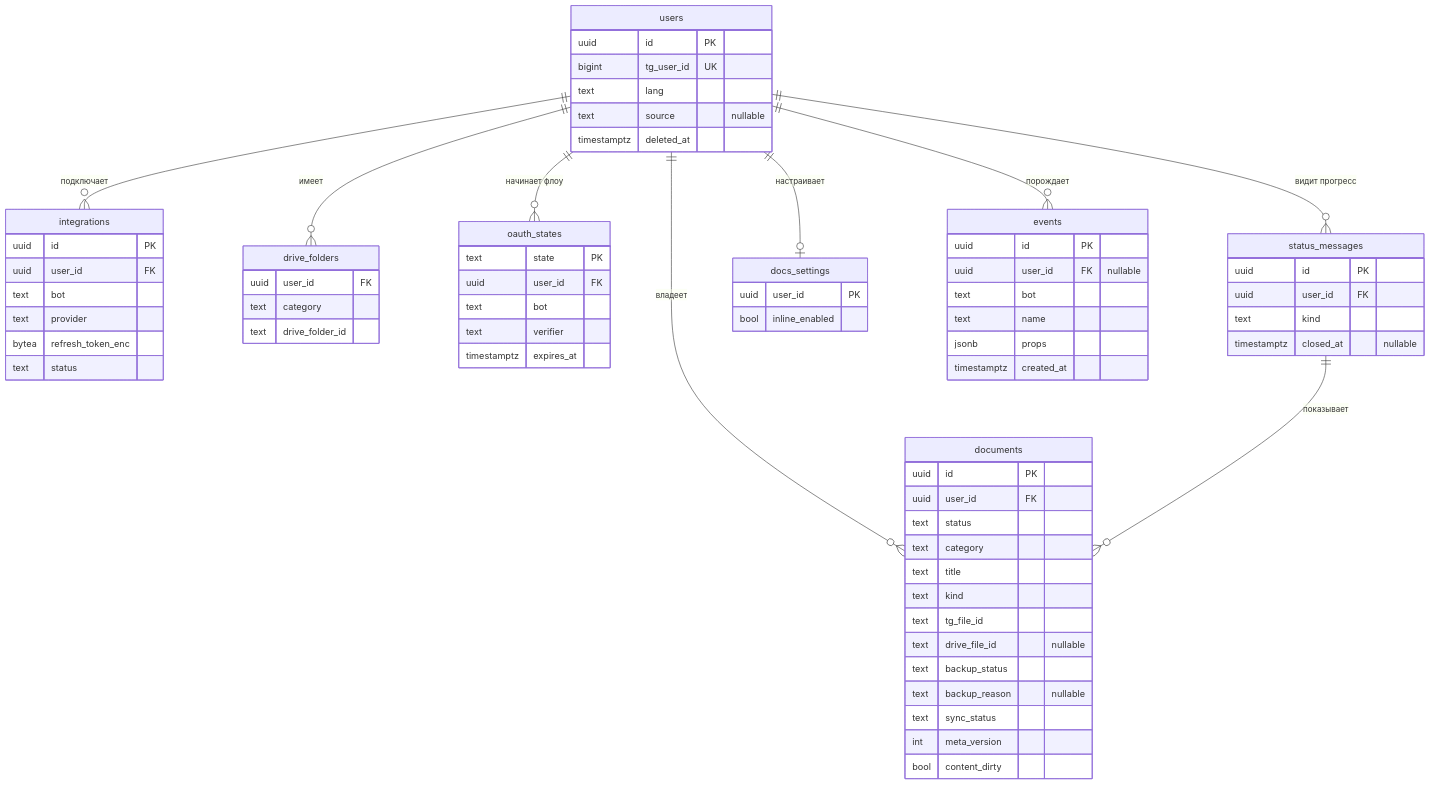
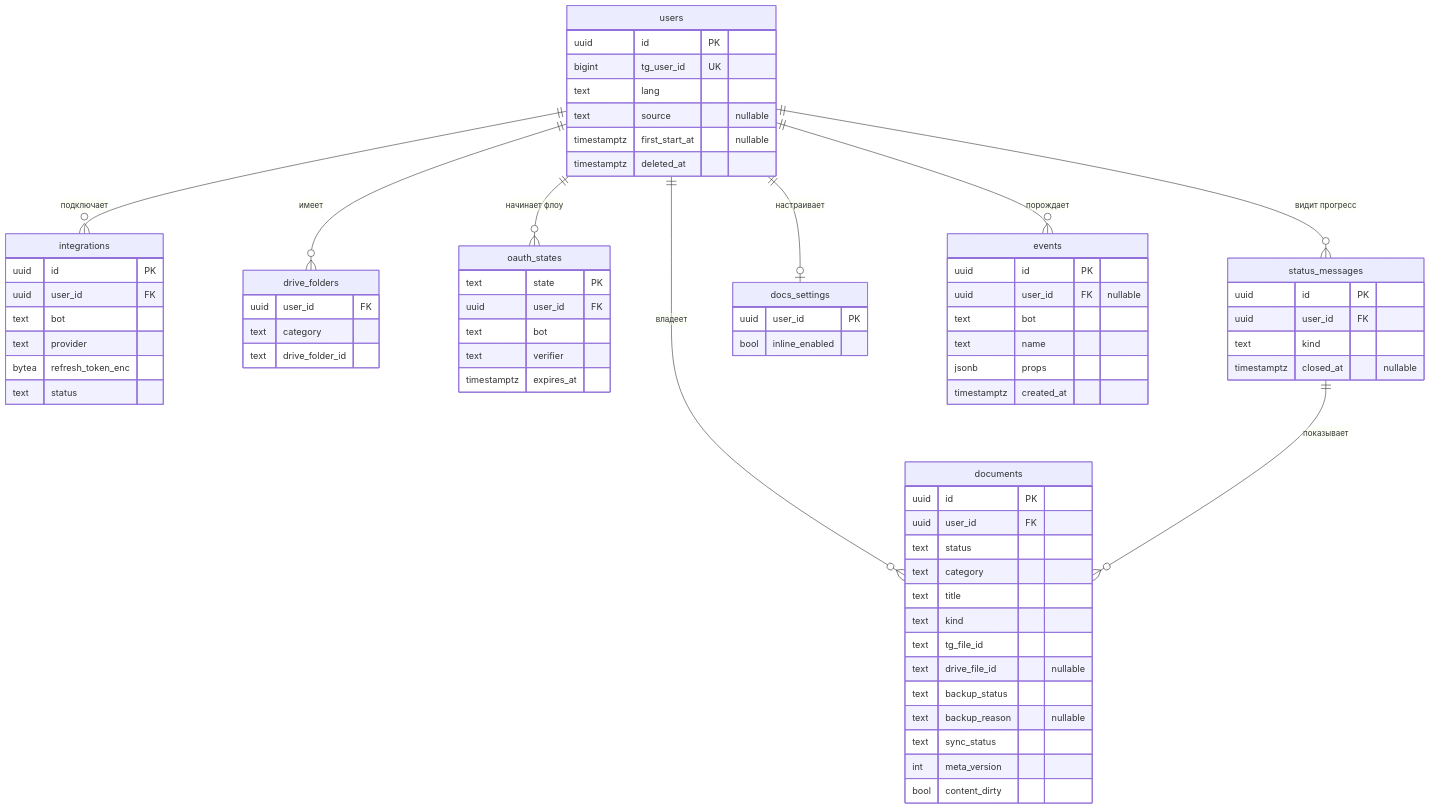
The diagram in docs/model.md (alexe0110/most-app), drawn with Mermaid before and after one commit. The commit also changed other lines of this file and 12 other files, not shown here.

First line of the commit message:
fix: durable first-start marker for new users

````diff
--- a/docs/model.md
+++ b/docs/model.md
@@ -27,72 +27,73 @@
 ```mermaid
 erDiagram
     users ||--o{ integrations : "подключает"
     users ||--o{ documents : "владеет"
     users ||--o{ drive_folders : "имеет"
     users ||--o{ oauth_states : "начинает флоу"
     users ||--o{ status_messages : "видит прогресс"
     users ||--o| docs_settings : "настраивает"
     users ||--o{ events : "порождает"
     status_messages ||--o{ documents : "показывает"
 
     users {
         uuid id PK
         bigint tg_user_id UK
         text lang
         text source "nullable"
+        timestamptz first_start_at "nullable"
         timestamptz deleted_at
     }
     integrations {
         uuid id PK
         uuid user_id FK
         text bot
         text provider
         bytea refresh_token_enc
         text status
     }
     oauth_states {
         text state PK
         uuid user_id FK
         text bot
         text verifier
         timestamptz expires_at
     }
     documents {
         uuid id PK
         uuid user_id FK
         text status
         text category
         text title
         text kind
         text tg_file_id
         text drive_file_id "nullable"
         text backup_status
         text backup_reason "nullable"
         text sync_status
         int meta_version
         bool content_dirty
     }
     status_messages {
         uuid id PK
         uuid user_id FK
         text kind
         timestamptz closed_at "nullable"
     }
     docs_settings {
         uuid user_id PK
         bool inline_enabled
     }
     events {
         uuid id PK
         uuid user_id FK "nullable"
         text bot
         text name
         jsonb props
         timestamptz created_at
     }
     drive_folders {
         uuid user_id FK
         text category
         text drive_folder_id
     }
 ```
````
